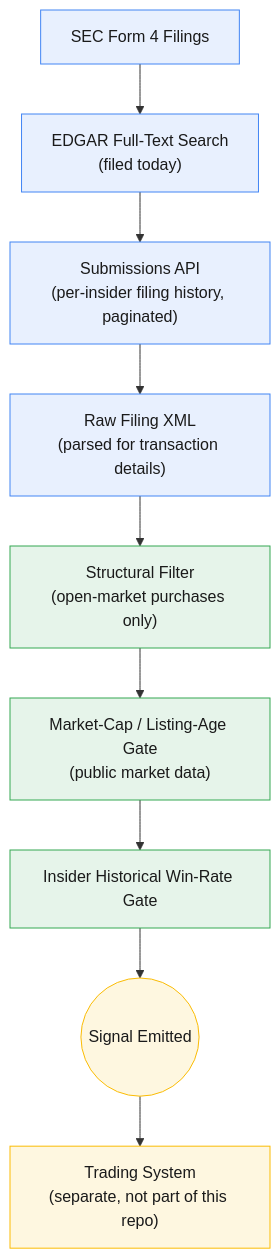
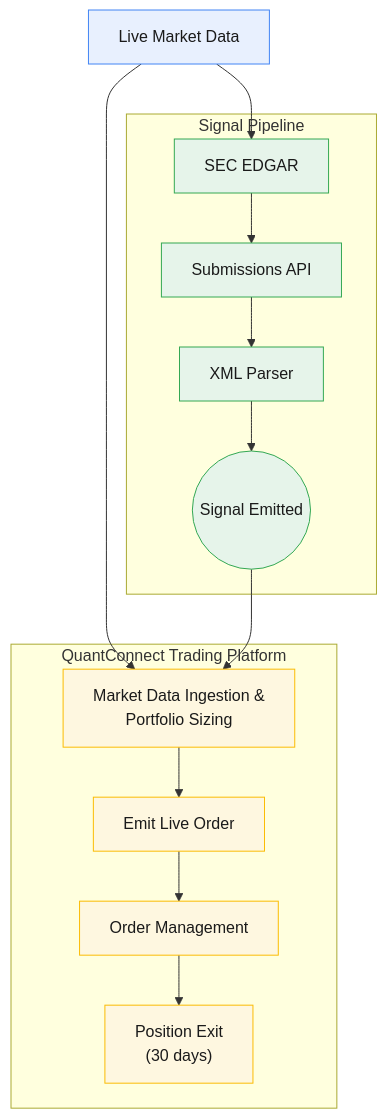
One commit to MilesOberting/form4-insider-signals-showcase changed the diagram in docs/architecture.md. Above: the diagram before and after it, drawn with Mermaid. The commit also changed other lines of this file and 1 other file, not shown here.

Commit message:
Reveal trading-system stages, simplify the signal-pipeline diagram
Removes the specific filter/gate boxes (structural filter, market-cap
gate, win-rate gate) from the diagram itself - that detail stays in
prose in architecture.md's "Live gating logic" section. Replaces the
opaque "Trading System" endpoint with two parallel columns sharing a
live-market-data input: the signal pipeline (SEC EDGAR -> Submissions
API -> XML Parser -> Signal Emitted) and the QuantConnect trading
platform (market data ingestion & portfolio sizing -> order emission
-> order management -> 30-day position exit). Exact sizing logic and
execution internals remain undocumented.

````diff
--- a/docs/architecture.md
+++ b/docs/architecture.md
@@ -5,18 +5,29 @@
 ```mermaid
 flowchart TD
-    A[SEC Form 4 Filings] --> B["EDGAR Full-Text Search<br/>(filed today)"]
-    B --> C["Submissions API<br/>(per-insider filing history, paginated)"]
-    C --> D["Raw Filing XML<br/>(parsed for transaction details)"]
-    D --> E["Structural Filter<br/>(open-market purchases only)"]
-    E --> F["Market-Cap / Listing-Age Gate<br/>(public market data)"]
-    F --> G[Insider Historical Win-Rate Gate]
-    G --> H((Signal Emitted))
-    H --> I["Trading System<br/>(separate, not part of this repo)"]
+    LMD[Live Market Data]
+
+    subgraph SP[Signal Pipeline]
+        SEC[SEC EDGAR] --> API[Submissions API]
+        API --> XML[XML Parser]
+        XML --> SIG((Signal Emitted))
+    end
+
+    subgraph TP[QuantConnect Trading Platform]
+        ING["Market Data Ingestion &<br/>Portfolio Sizing"]
+        ORD[Emit Live Order]
+        MGT[Order Management]
+        EXIT["Position Exit<br/>(30 days)"]
+        ING --> ORD --> MGT --> EXIT
+    end
+
+    LMD --> SEC
+    LMD --> ING
+    SIG --> ING
 
     classDef data fill:#e8f0fe,stroke:#4285f4,color:#1a1a1a;
-    classDef filt fill:#e6f4ea,stroke:#34a853,color:#1a1a1a;
-    classDef out fill:#fef7e0,stroke:#fbbc04,color:#1a1a1a;
-    class A,B,C,D data;
-    class E,F,G filt;
-    class H,I out;
+    classDef sig fill:#e6f4ea,stroke:#34a853,color:#1a1a1a;
+    classDef trade fill:#fef7e0,stroke:#fbbc04,color:#1a1a1a;
+    class LMD data;
+    class SEC,API,XML,SIG sig;
+    class ING,ORD,MGT,EXIT trade;
 ```
````
